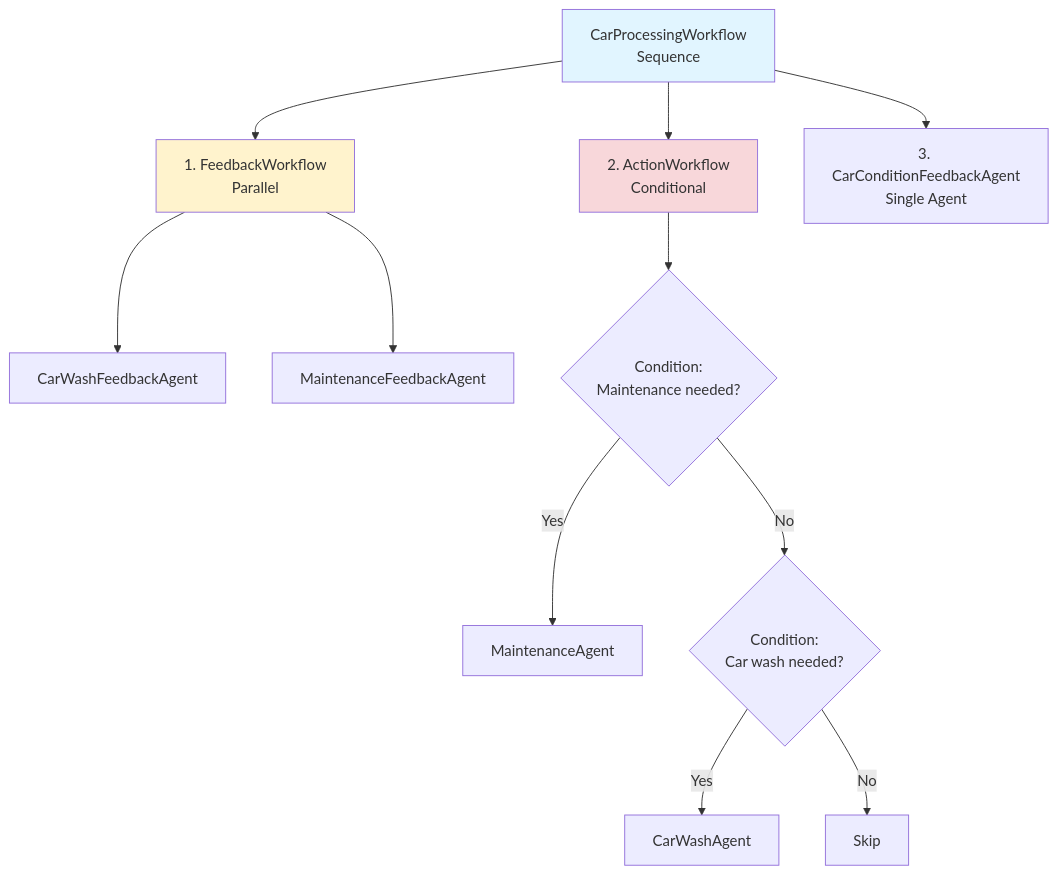
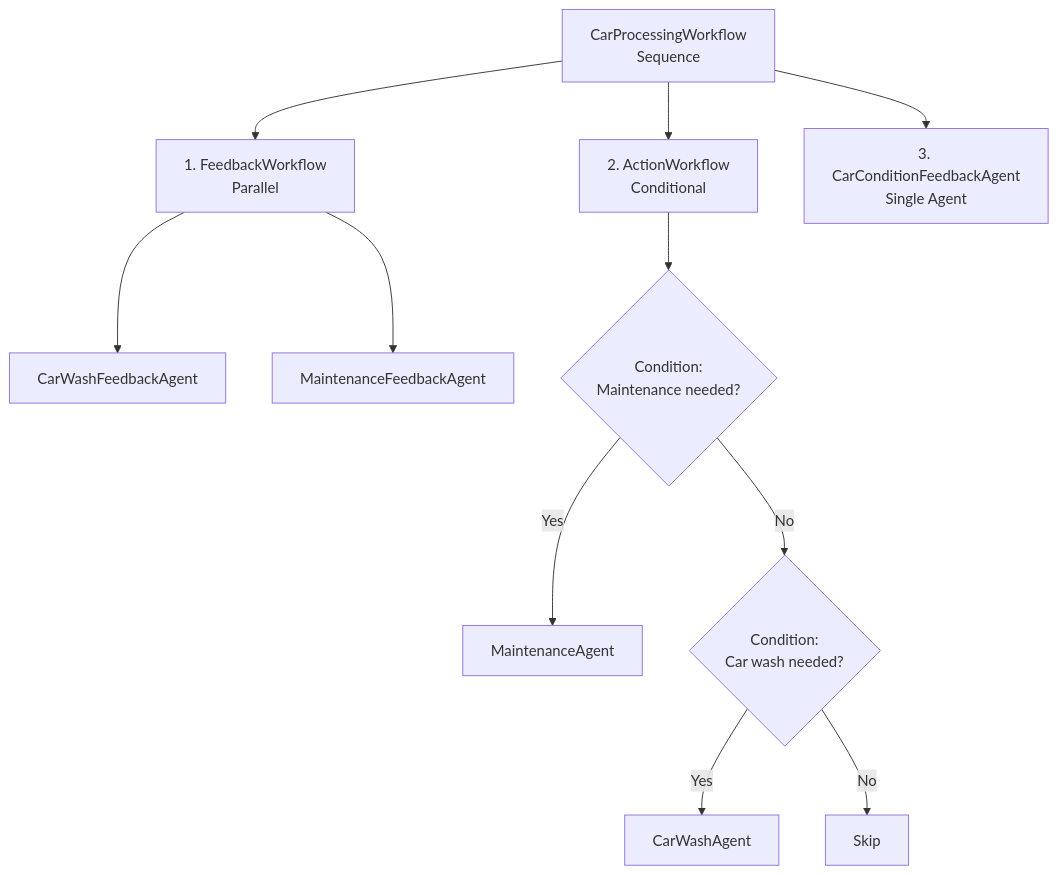
Before and after one commit to quarkusio/quarkus-workshop-langchain4j: the first of 3 diagrams in docs/docs/section-2/step-03.md, drawn with Mermaid. The commit also changed 4 other files, not shown here.

````diff
--- a/docs/docs/section-2/step-03.md
+++ b/docs/docs/section-2/step-03.md
@@ -33,19 +33,15 @@
 ```mermaid
 graph TD
     A[CarProcessingWorkflow<br/>Sequence] --> B[1. FeedbackWorkflow<br/>Parallel]
     A --> C[2. ActionWorkflow<br/>Conditional]
     A --> D[3. CarConditionFeedbackAgent<br/>Single Agent]
 
     B --> B1[CarWashFeedbackAgent]
     B --> B2[MaintenanceFeedbackAgent]
 
     C --> C1{Condition:<br/>Maintenance needed?}
     C1 -->|Yes| C2[MaintenanceAgent]
     C1 -->|No| C3{Condition:<br/>Car wash needed?}
     C3 -->|Yes| C4[CarWashAgent]
     C3 -->|No| C5[Skip]
-
-    style A fill:#e1f5ff
-    style B fill:#fff3cd
-    style C fill:#f8d7da
 ```
````
